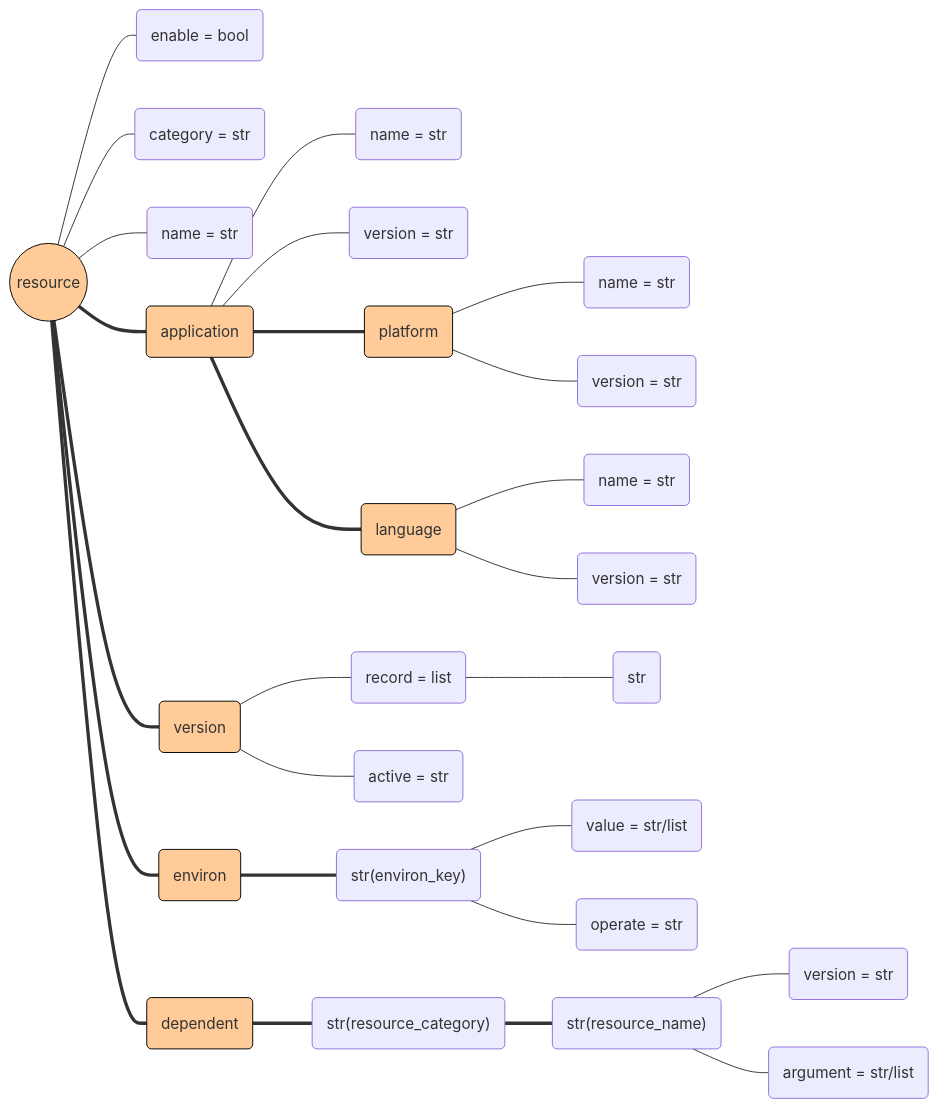
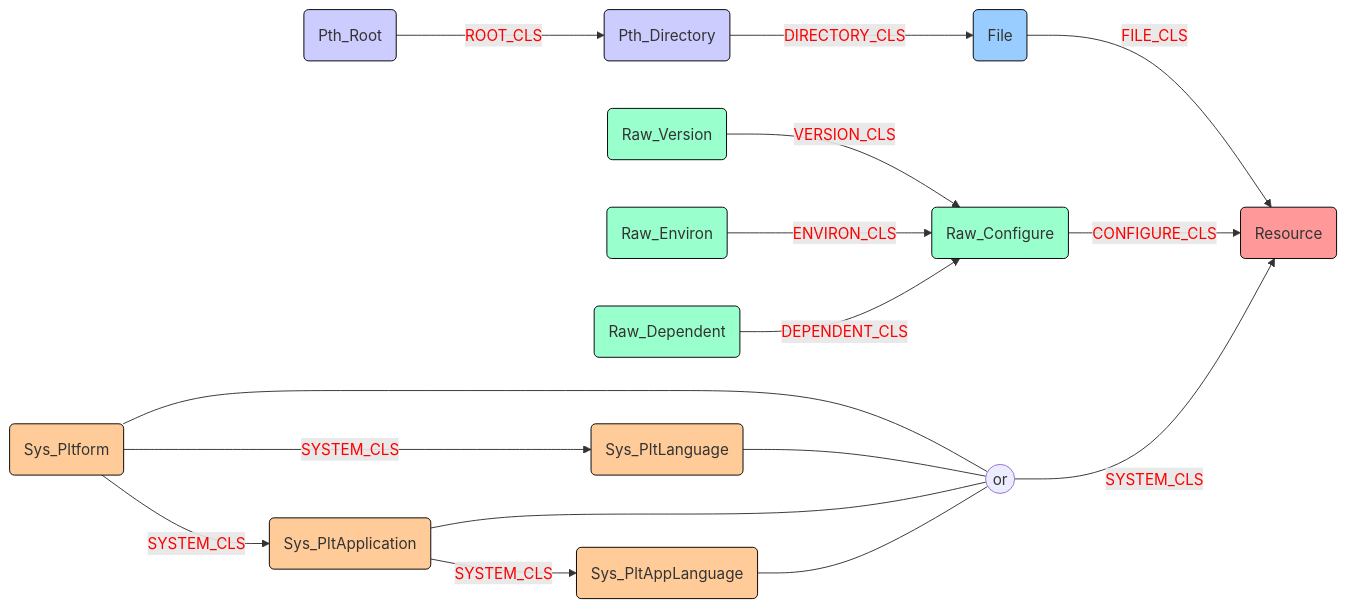
One commit to no7hings/Lynxi changed the second of 3 diagrams in develop/python/LxCore/.doc/develop.md. Above: the diagram before and after it, drawn with Mermaid. The commit also changed other lines of this file and 55 other files, not shown here.

````diff
--- a/develop/python/LxCore/.doc/develop.md
+++ b/develop/python/LxCore/.doc/develop.md
@@ -40,62 +35,45 @@
 ```mermaid
-graph RL
+graph LR
 
-resource(("resource"))
-    resource_enable("enable = bool")  --- resource
-    resource_category("category = str") --- resource
-    resource_name("name = str") --- resource
+raw_version("Raw_Version") -->|"<p><span style='color:#f00;'>VERSION_CLS</span></p>"| raw_cofigure("Raw_Configure")
+raw_environ("Raw_Environ") -->|"<p><span style='color:#f00;'>ENVIRON_CLS</span></p>"| raw_cofigure
+raw_dependent("Raw_Dependent") -->|"<p><span style='color:#f00;'>DEPENDENT_CLS</span></p>"| raw_cofigure
 
-application("application") === resource
-    application_name("name = str") --- application
-    application_version("version = str") --- application
-    
-    application_platform("platform") === application
-        platform_name("name = str") --- application_platform
-        platform_version("version = str") --- application_platform
-    
-    application_language("language") === application
-        language_name("name = str") --- application_language
-        language_version("version = str") --- application_language
+pth_root("Pth_Root") -->|"<p><span style='color:#f00;'>ROOT_CLS</span></p>"| pth_directory("Pth_Directory")
+pth_directory -->|"<p><span style='color:#f00;'>DIRECTORY_CLS</span></p>"| file("File")
+file -->|"<p><span style='color:#f00;'>FILE_CLS</span></p>"| resource("Resource")
+raw_cofigure -->|"<p><span style='color:#f00;'>CONFIGURE_CLS</span></p>"| resource
 
-version("version") === resource
-    version_record("record = list") --- version
-        record_version("str") --- version_record
-    version_active("active = str") --- version
+sys_platform("Sys_Pltform") -->|"<p><span style='color:#f00;'>SYSTEM_CLS</span></p>"| sys_plt_language("Sys_PltLanguage")
+sys_platform -->|"<p><span style='color:#f00;'>SYSTEM_CLS</span></p>"| sys_plt_application("Sys_PltApplication")
 
-environ("environ") === resource
-    environ_key("str(environ_key)") === environ
-        environ_value("value = str/list") --- environ_key
-        environ_operate("operate = str") --- environ_key
+sys_plt_application -->|"<p><span style='color:#f00;'>SYSTEM_CLS</span></p>"| sys_plt_app_language("Sys_PltAppLanguage")
 
-dependent("dependent") === resource
-    dependent_category("str(resource_category)") === dependent
-        dependent_name("str(resource_name)") === dependent_category
-            dependent_version("version = str") --- dependent_name
-            dependent_argument("argument = str/list") --- dependent_name
-            
+branch_1(("or"))
 
+sys_platform --- branch_1
+sys_plt_language --- branch_1
+sys_plt_application --- branch_1
+sys_plt_app_language --- branch_1
 
+branch_1 -->|"<p><span style='color:#f00;'>SYSTEM_CLS</span></p>"| resource
+
+classDef red_0 fill:#f99,stroke:#000,stroke-width:1px,fill-opacity:1
+classDef orange_0 fill:#fc9,stroke:#000,stroke-width:1px,fill-opacity:1
+classDef yellow_0 fill:#ff9,stroke:#000,stroke-width:1px,fill-opacity:1
+classDef green_0 fill:#9fc,stroke:#000,stroke-width:1px,fill-opacity:1
+classDef blue_0 fill:#9cf,stroke:#000,stroke-width:1px,fill-opacity:1
+classDef violet_0 fill:#ccf,stroke:#000,stroke-width:1px,fill-opacity:1
 classDef pink_0 fill:#f9c,stroke:#000,stroke-width:1px,fill-opacity:1
-classDef pink_1 fill:#f59,stroke:#000,stroke-width:1px,fill-opacity:1
-classDef red_0 fill:#f99,stroke:#000,stroke-width:1px,fill-opacity:1
-classDef red_1 fill:#f55,stroke:#000,stroke-width:1px,fill-opacity:1
-classDef orange_0 fill:#fc9,stroke:#000,stroke-width:1px,fill-opacity:1
-classDef orange_1 fill:#f95,stroke:#000,stroke-width:1px,fill-opacity:1
-classDef violet_0 fill:#ccf,stroke:#000,stroke-width:1px,fill-opacity:1
-classDef violet_1 fill:#99f,stroke:#000,stroke-width:1px,fill-opacity:1
-classDef yellow_0 fill:#ff9,stroke:#000,stroke-width:1px,fill-opacity:1
-classDef yellow_1 fill:#ff5,stroke:#000,stroke-width:1px,fill-opacity:1
-classDef blue_0 fill:#9cf,stroke:#000,stroke-width:1px,fill-opacity:1
-classDef blue_1 fill:#59f,stroke:#000,stroke-width:1px,fill-opacity:1
-classDef green_0 fill:#9fc,stroke:#000,stroke-width:1px,fill-opacity:1
-classDef green_1 fill:#5f9,stroke:#000,stroke-width:1px,fill-opacity:1
 classDef white_0 fill:#fff,stroke:#000,stroke-width:1px,fill-opacity:1
 
-class resource orange_0
-class application orange_0
-class version orange_0
-class environ orange_0
-class dependent orange_0
-class application_platform orange_0
-class application_language orange_0
+class resource red_0
+
+class sys_platform orange_0; class sys_plt_language orange_0; class sys_plt_application orange_0; class sys_plt_app_language orange_0
+
+class raw_version green_0; class raw_environ green_0; class raw_dependent green_0; class raw_cofigure green_0
+
+class file blue_0
+
+class pth_root violet_0; class pth_directory violet_0
 ```
````
